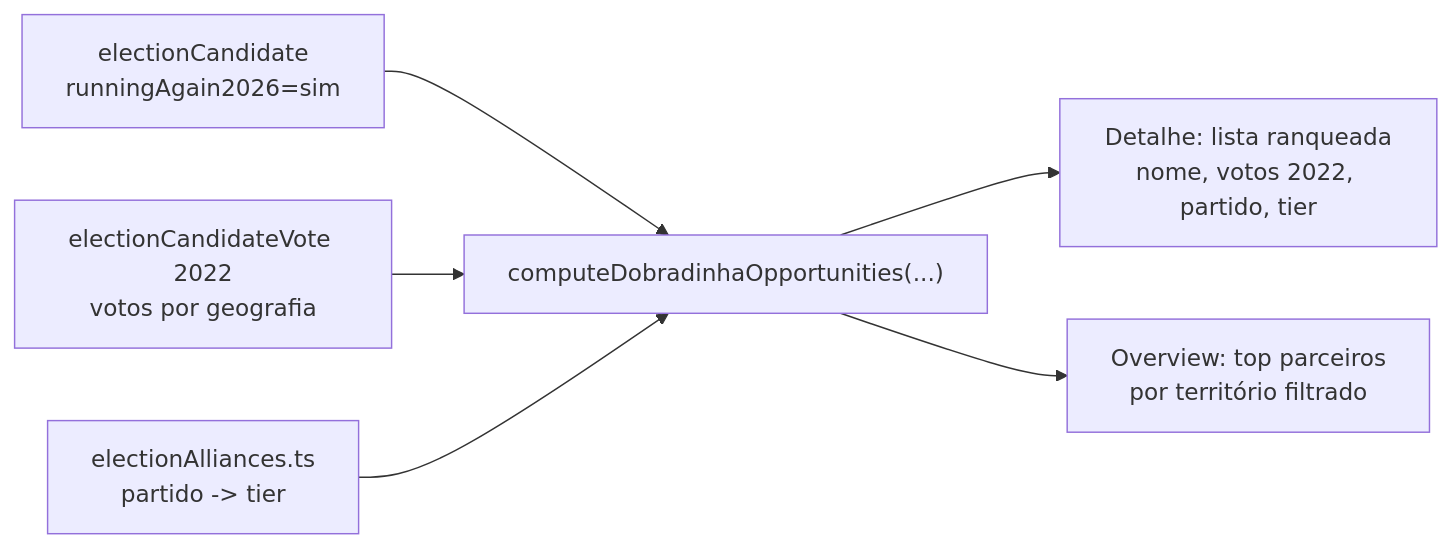
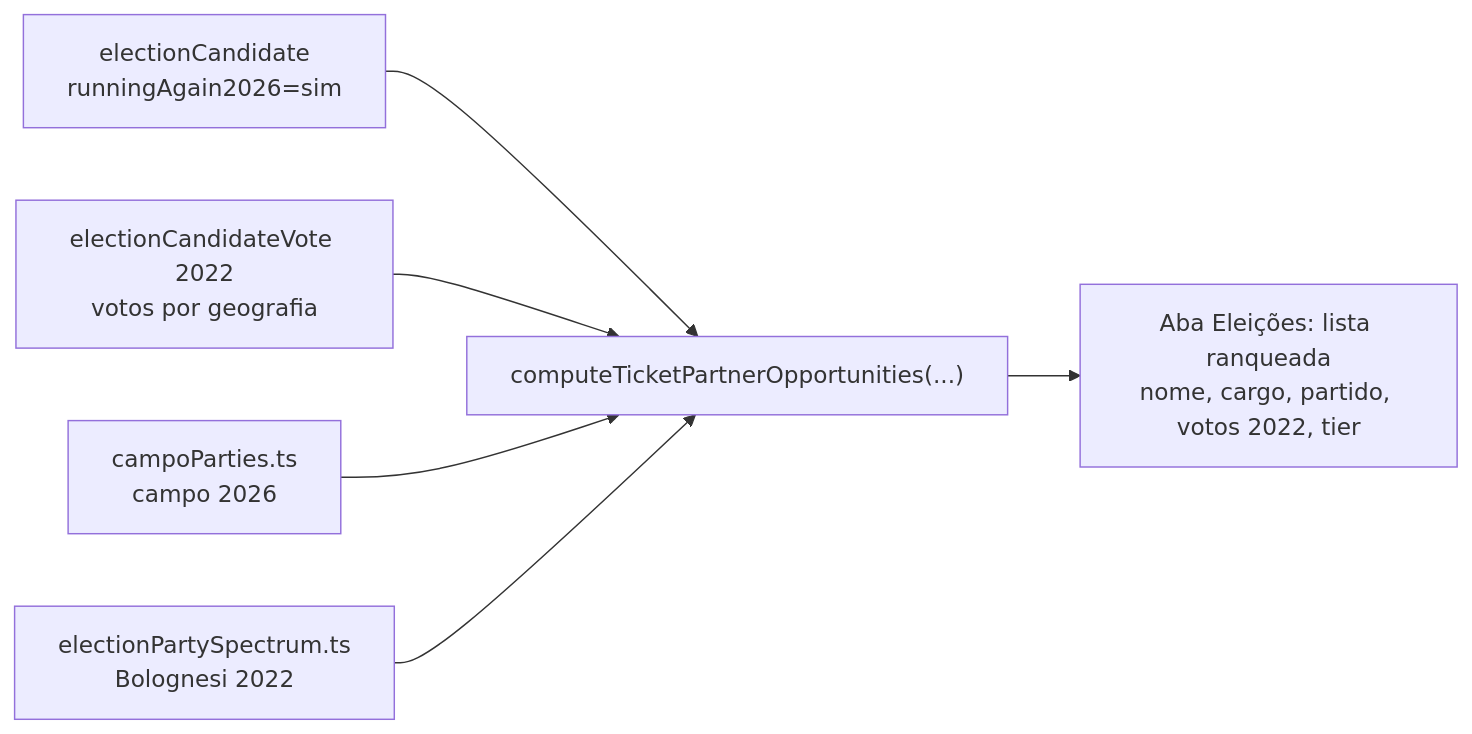
One commit to fsolla/teqo changed the diagram in docs/plans/insight-dobradinha-2026.md. Above: the diagram before and after it, drawn with Mermaid. The commit also changed other lines of this file and 9 other files, not shown here.

````diff
--- a/docs/plans/insight-dobradinha-2026.md
+++ b/docs/plans/insight-dobradinha-2026.md
@@ -37,14 +46,14 @@
 ```mermaid
 flowchart LR
     Cand["electionCandidate<br/>runningAgain2026=sim"]
     Votes["electionCandidateVote 2022<br/>votos por geografia"]
-    Align["electionAlliances.ts<br/>partido -> tier"]
-    Score["computeDobradinhaOpportunities(...)"]
-    Detail["Detalhe: lista ranqueada<br/>nome, votos 2022, partido, tier"]
-    Overview["Overview: top parceiros<br/>por território filtrado"]
+    Campo["campoParties.ts<br/>campo 2026"]
+    Spect["electionPartySpectrum.ts<br/>Bolognesi 2022"]
+    Score["computeTicketPartnerOpportunities(...)"]
+    Detail["Aba Eleições: lista ranqueada<br/>nome, cargo, partido, votos 2022, tier"]
     Cand --> Score
     Votes --> Score
-    Align --> Score
+    Campo --> Score
+    Spect --> Score
     Score --> Detail
-    Score --> Overview
 ```
````
